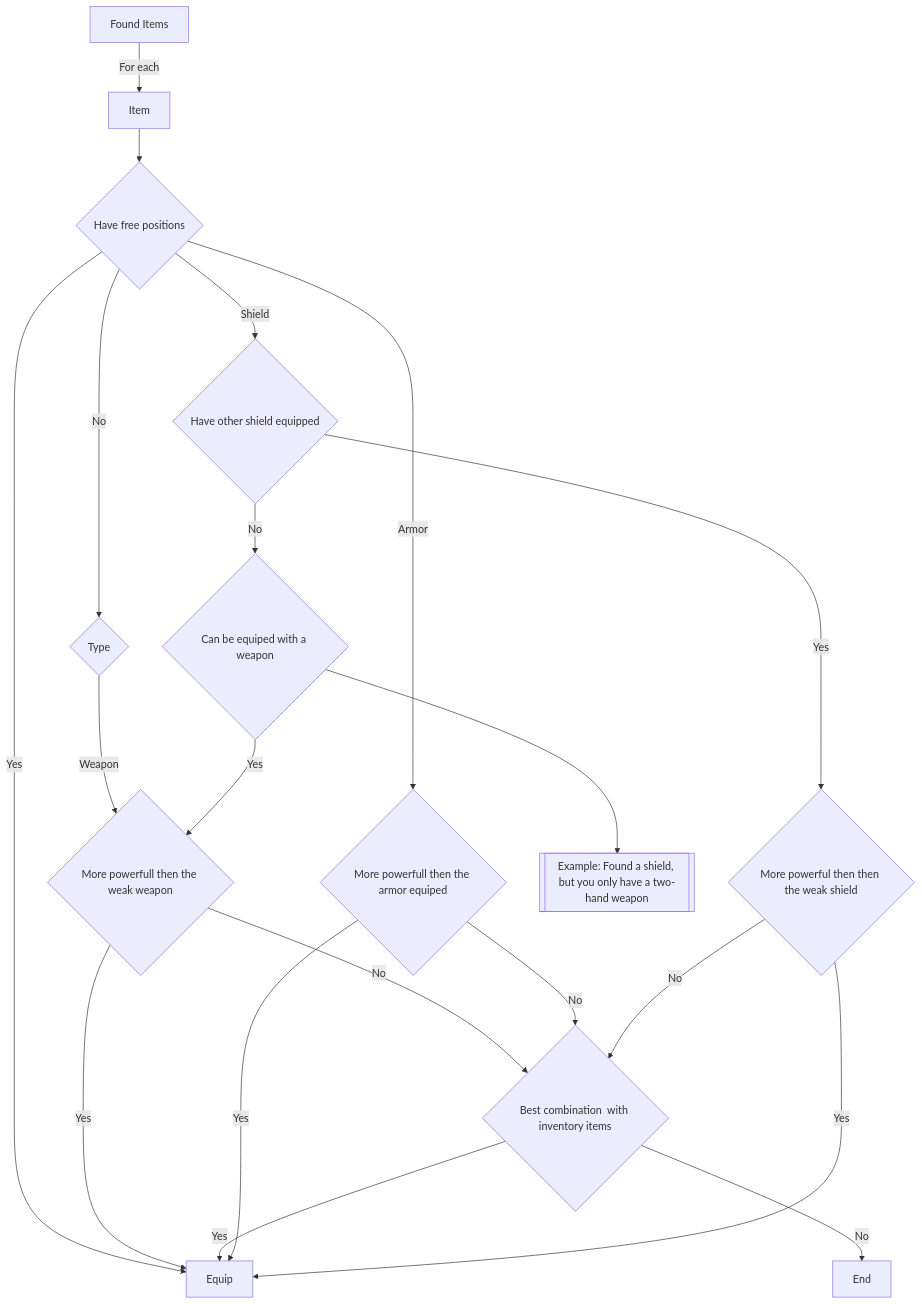
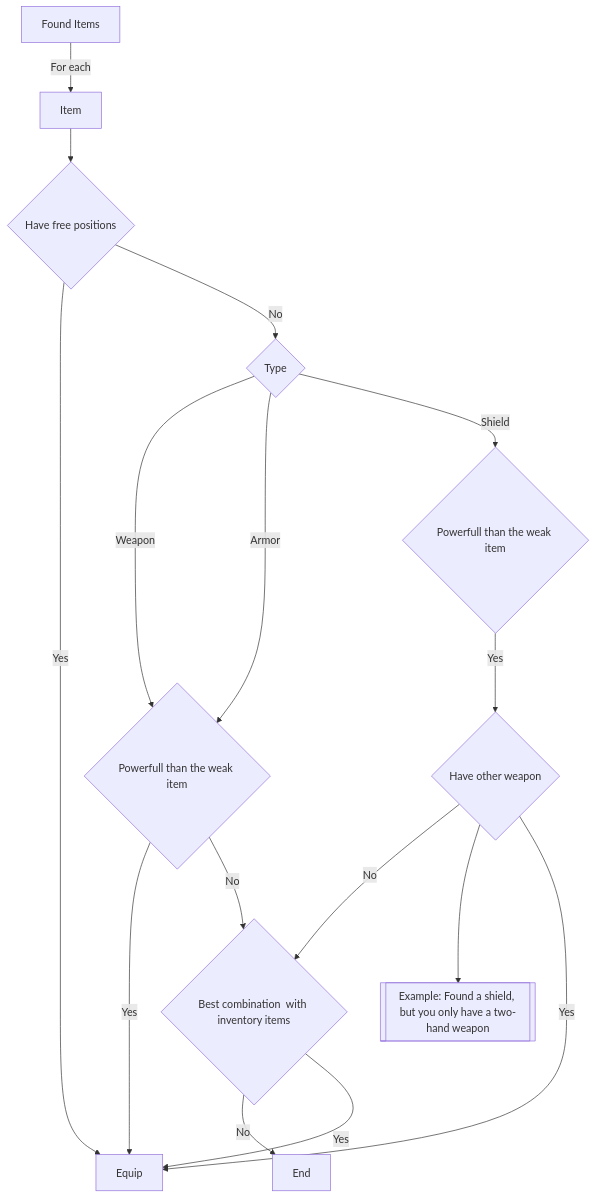
The diagram in docs/items-workflow.mmd (PedroL129/no-role-play-game), drawn with Mermaid before and after one commit. The commit also changed 16 other files, not shown here.

Commit message:
WIP: change item flow

```diff
--- a/docs/items-workflow.mmd
+++ b/docs/items-workflow.mmd
@@ -1,20 +1,16 @@
 graph TD
     A[Found Items] --> |For each| Item
-    Item --> C{Have free positions}
-    C --> |Yes| Equip
-    C --> |No| D{Type}
-    D --> |Weapon| E{More powerfull then the weak weapon}
+    Item --> FreePositions{Have free positions}
+    FreePositions --> |Yes| Equip
+    FreePositions --> |No| Type{Type}
+    Type --> |Weapon| E{Powerfull than the weak item}
     E --> |Yes| Equip
-    E --> |No| F{Best combination  with inventory items}
-    F --> |No| End
-    F --> |Yes| Equip
-    C --> |Armor| G{More powerfull then the armor equiped}
-    G --> |Yes| Equip
-    G --> |No| F
-    C --> |Shield| H{Have other shield equipped}
-    H --> |Yes| I{More powerful then then the weak shield}
-    I --> |Yes| Equip
-    I --> |No| F
-    H --> |No| J{Can be equiped with a weapon}
-    J --> note[[Example: Found a shield, but you only have a two-hand weapon]]
-    J --> |Yes| E
+    E --> |No| Inventory{Best combination  with inventory items}
+    Inventory --> |No| End
+    Inventory --> |Yes| Equip
+    Type --> |Armor| E
+    Type --> |Shield| B{Powerfull than the weak item}
+    B --> |Yes| H{Have other weapon}
+    H --> |No| Inventory
+    H --> note[[Example: Found a shield, but you only have a two-hand weapon]]
+    H --> |Yes| Equip
```
